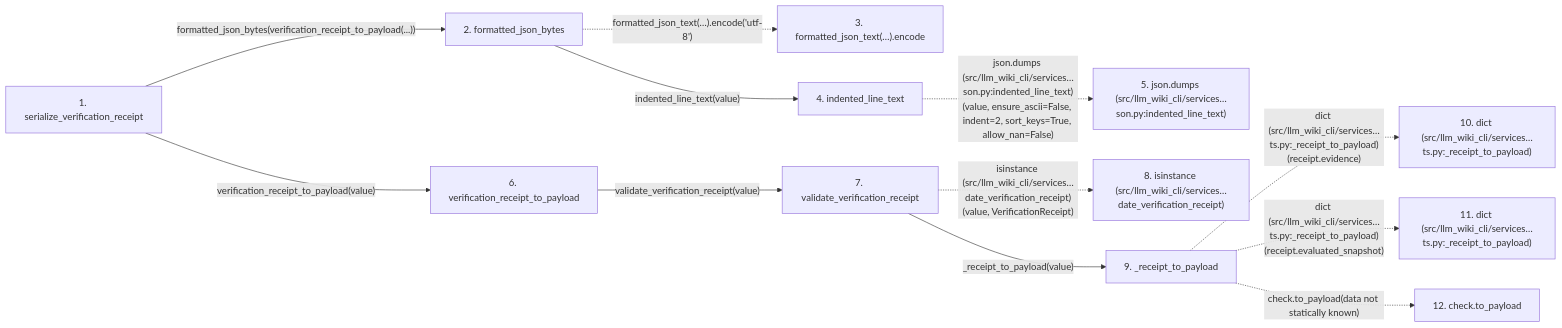
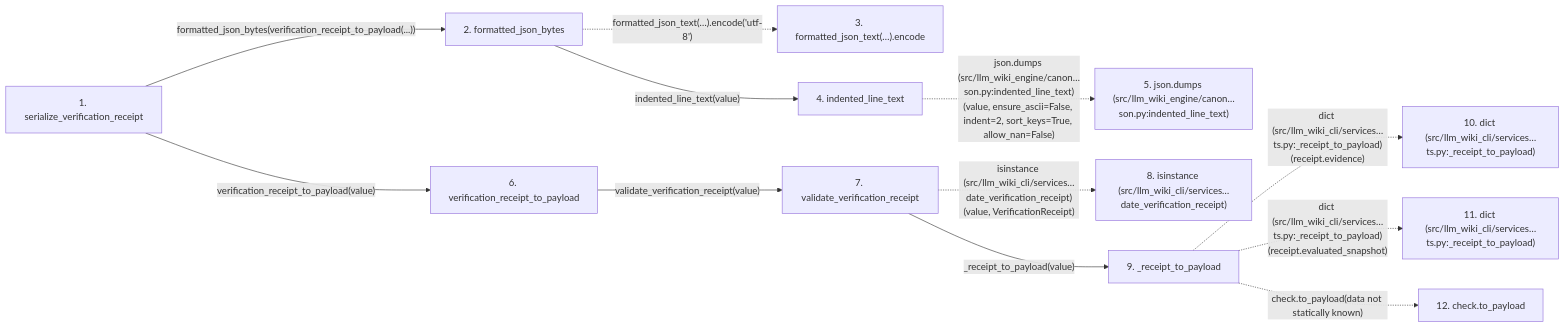
Before and after one commit to Denissvgn/python-wiki-llm: the second of 2 diagrams in docs/llm_wiki/flows/api-serialize_verification_receipt.md, drawn with Mermaid. The commit also changed other lines of this file and 1103 other files, not shown here.

First line of the commit message:
docs: refresh the wiki for the llm-wiki-engine distribution

````diff
--- a/docs/llm_wiki/flows/api-serialize_verification_receipt.md
+++ b/docs/llm_wiki/flows/api-serialize_verification_receipt.md
@@ -129,32 +129,32 @@
 ```mermaid
 flowchart LR
     s1["1. serialize_verification_receipt"]
     s2["2. formatted_json_bytes"]
     s3["3. formatted_json_text(…).encode"]
     s4["4. indented_line_text"]
-    s5["5. json.dumps (src/llm_wiki_cli/services…son.py:indented_line_text)"]
+    s5["5. json.dumps (src/llm_wiki_engine/canon…son.py:indented_line_text)"]
     s6["6. verification_receipt_to_payload"]
     s7["7. validate_verification_receipt"]
     s8["8. isinstance (src/llm_wiki_cli/services…date_verification_receipt)"]
     s9["9. _receipt_to_payload"]
     s10["10. dict (src/llm_wiki_cli/services…ts.py:_receipt_to_payload)"]
     s11["11. dict (src/llm_wiki_cli/services…ts.py:_receipt_to_payload)"]
     s12["12. check.to_payload"]
     s1 -->|"formatted_json_bytes(verification_receipt_to_payload(...))"| s2
     s2 -. "formatted_json_text(…).encode('utf-8')" .-> s3
     s2 -->|"indented_line_text(value)"| s4
-    s4 -. "json.dumps (src/llm_wiki_cli/services…son.py:indented_line_text)(value, ensure_ascii=False, indent=2, sort_keys=True, allow_nan=False)" .-> s5
+    s4 -. "json.dumps (src/llm_wiki_engine/canon…son.py:indented_line_text)(value, ensure_ascii=False, indent=2, sort_keys=True, allow_nan=False)" .-> s5
     s1 -->|"verification_receipt_to_payload(value)"| s6
     s6 -->|"validate_verification_receipt(value)"| s7
     s7 -. "isinstance (src/llm_wiki_cli/services…date_verification_receipt)(value, VerificationReceipt)" .-> s8
     s7 -->|"_receipt_to_payload(value)"| s9
     s9 -. "dict (src/llm_wiki_cli/services…ts.py:_receipt_to_payload)(receipt.evidence)" .-> s10
     s9 -. "dict (src/llm_wiki_cli/services…ts.py:_receipt_to_payload)(receipt.evaluated_snapshot)" .-> s11
     s9 -. "check.to_payload(data not statically known)" .-> s12
     click s1 "../modules/verification_contracts.md"
     click s2 "../modules/knowledge_evidence.md"
     click s4 "../modules/canonical_json.md"
     click s6 "../modules/verification_contracts.md"
     click s7 "../modules/verification_contracts.md"
     click s9 "../modules/verification_contracts.md"
 ```
````
